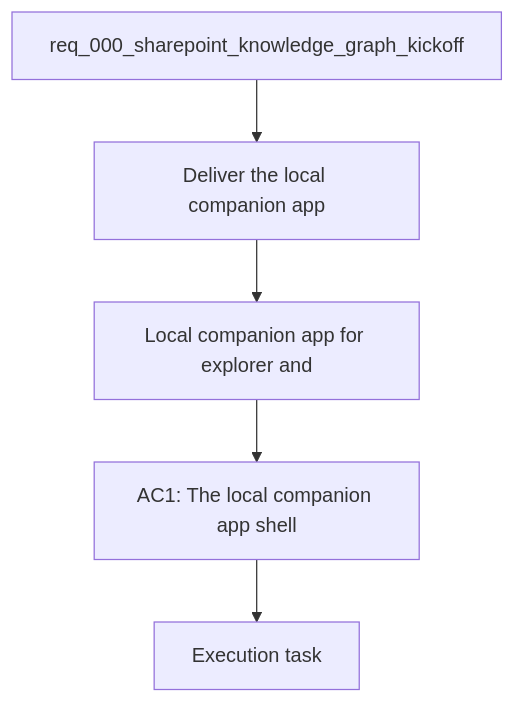
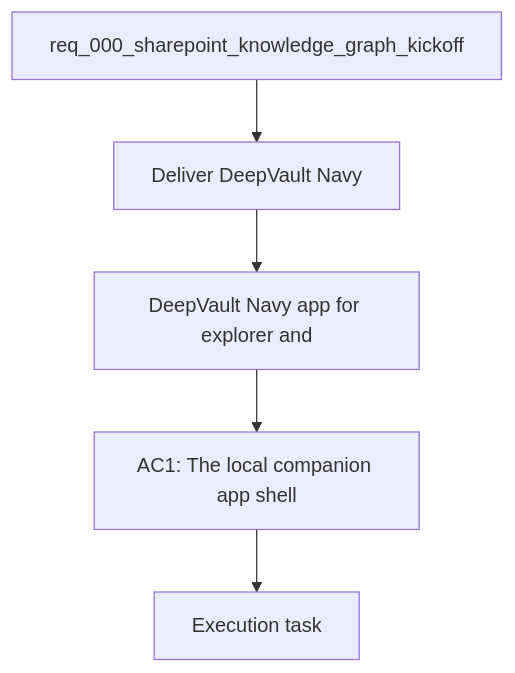
Before and after one commit to AlexAgo83/deepvault: the diagram in logics/backlog/item_006_local_companion_app_for_explorer_and_chat.md, drawn with Mermaid. The commit also changed other lines of this file and 21 other files, not shown here.

Commit message:
Update DeepVault naming and Azure hosting docs

````diff
--- a/logics/backlog/item_006_local_companion_app_for_explorer_and_chat.md
+++ b/logics/backlog/item_006_local_companion_app_for_explorer_and_chat.md
@@ -21,9 +21,9 @@
 ```mermaid
 %% logics-kind: backlog
-%% logics-signature: backlog|local-companion-app-for-explorer-and-cha|req-000-sharepoint-knowledge-graph-kicko|deliver-the-local-companion-app-shell|ac1-the-local-companion-app-shell
+%% logics-signature: backlog|deepvault-navy-app-for-explorer-and-chat|req-000-sharepoint-knowledge-graph-kicko|deliver-the-deepvault-navy-shell|ac1-the-deepvault-navy-shell
 flowchart TD
-    Request[req_000_sharepoint_knowledge_graph_kickoff] --> Problem[Deliver the local companion app]
-    Problem --> Scope[Local companion app for explorer and]
+    Request[req_000_sharepoint_knowledge_graph_kickoff] --> Problem[Deliver DeepVault Navy]
+    Problem --> Scope[DeepVault Navy app for explorer and]
     Scope --> Acceptance[AC1: The local companion app shell]
     Acceptance --> Tasks[Execution task]
 ```
````
